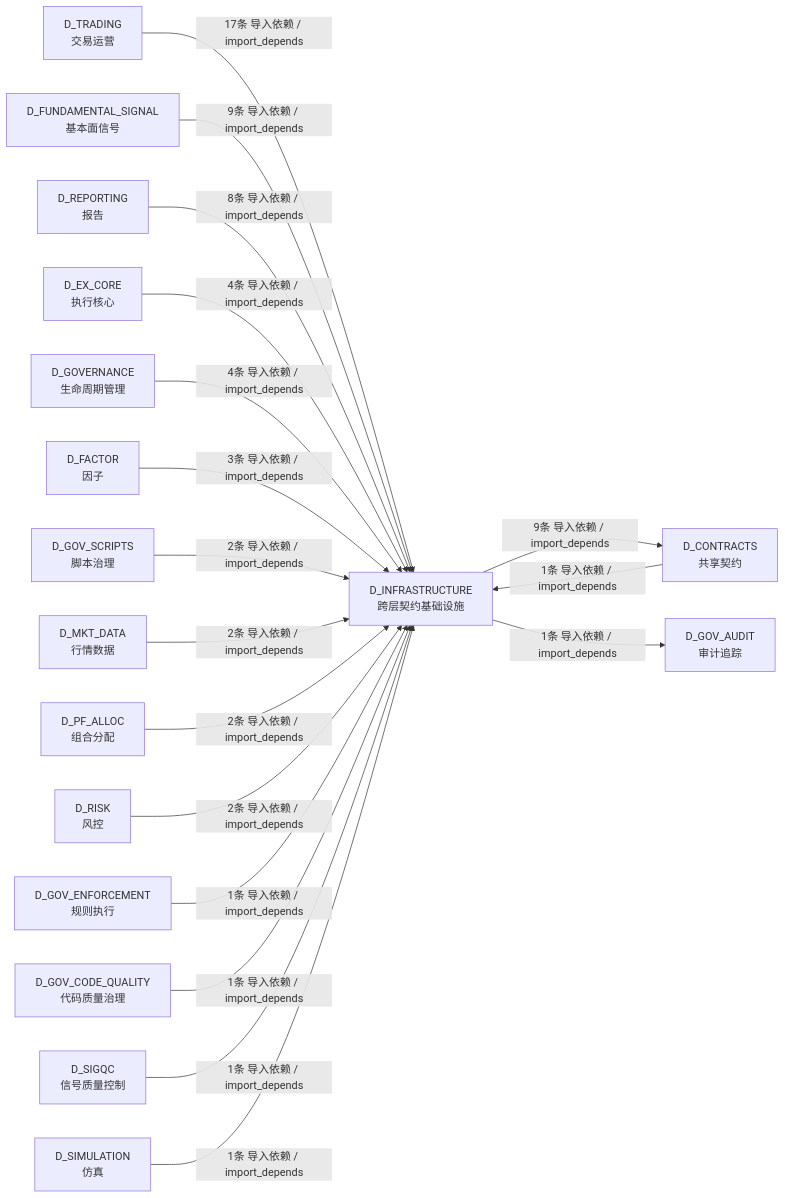
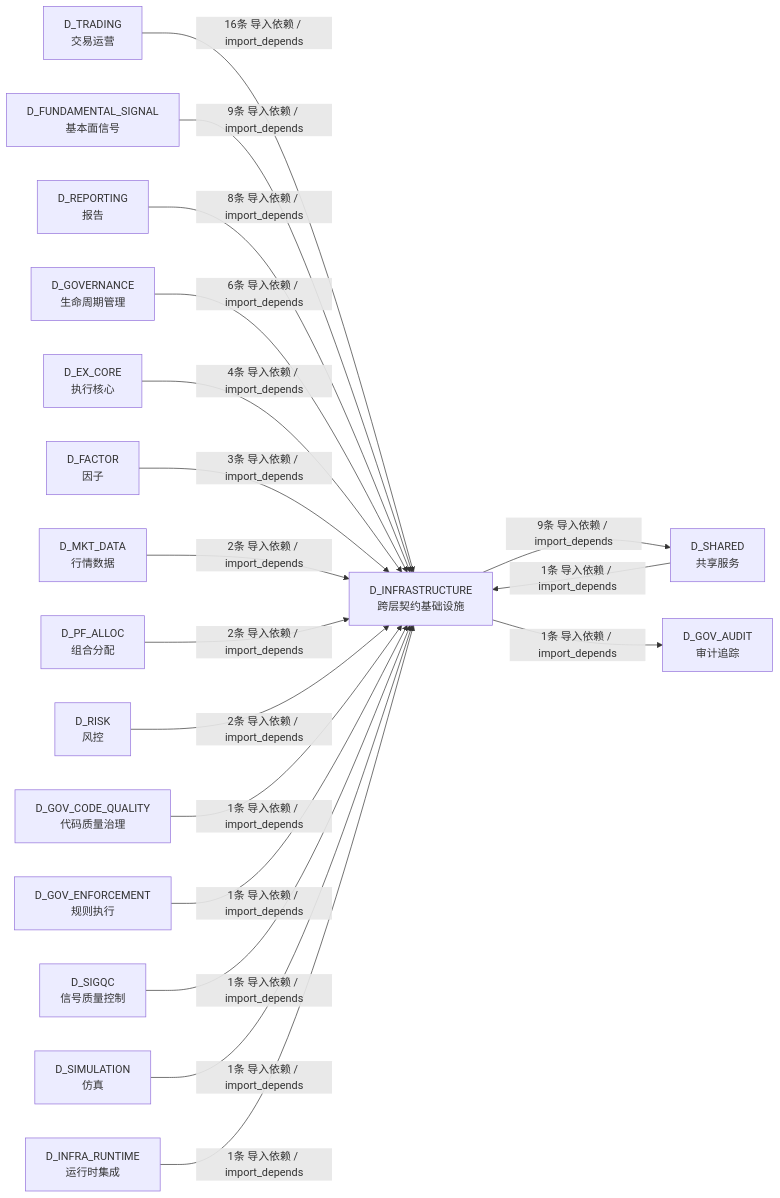
Before and after one commit to xuanFelixVan/ZephyrAlpha: the third of 3 diagrams in docs/02_enterprise_architecture/02_domain_architecture_docs/02_d_infrastructure.md, drawn with Mermaid. The commit also changed other lines of this file and 79 other files, not shown here.

````diff
--- a/docs/02_enterprise_architecture/02_domain_architecture_docs/02_d_infrastructure.md
+++ b/docs/02_enterprise_architecture/02_domain_architecture_docs/02_d_infrastructure.md
@@ -326,37 +327,37 @@
 ```mermaid
 graph LR
     D_INFRASTRUCTURE["D_INFRASTRUCTURE<br/>跨层契约基础设施"]
-    D_CONTRACTS["D_CONTRACTS<br/>共享契约"]
+    D_SHARED["D_SHARED<br/>共享服务"]
     D_GOV_AUDIT["D_GOV_AUDIT<br/>审计追踪"]
     D_TRADING["D_TRADING<br/>交易运营"]
     D_FUNDAMENTAL_SIGNAL["D_FUNDAMENTAL_SIGNAL<br/>基本面信号"]
     D_REPORTING["D_REPORTING<br/>报告"]
+    D_GOVERNANCE["D_GOVERNANCE<br/>生命周期管理"]
     D_EX_CORE["D_EX_CORE<br/>执行核心"]
-    D_GOVERNANCE["D_GOVERNANCE<br/>生命周期管理"]
     D_FACTOR["D_FACTOR<br/>因子"]
-    D_GOV_SCRIPTS["D_GOV_SCRIPTS<br/>脚本治理"]
     D_MKT_DATA["D_MKT_DATA<br/>行情数据"]
     D_PF_ALLOC["D_PF_ALLOC<br/>组合分配"]
     D_RISK["D_RISK<br/>风控"]
+    D_GOV_CODE_QUALITY["D_GOV_CODE_QUALITY<br/>代码质量治理"]
     D_GOV_ENFORCEMENT["D_GOV_ENFORCEMENT<br/>规则执行"]
-    D_GOV_CODE_QUALITY["D_GOV_CODE_QUALITY<br/>代码质量治理"]
     D_SIGQC["D_SIGQC<br/>信号质量控制"]
     D_SIMULATION["D_SIMULATION<br/>仿真"]
-    D_INFRASTRUCTURE -->|9条 导入依赖 / import_depends| D_CONTRACTS
+    D_INFRA_RUNTIME["D_INFRA_RUNTIME<br/>运行时集成"]
+    D_INFRASTRUCTURE -->|9条 导入依赖 / import_depends| D_SHARED
     D_INFRASTRUCTURE -->|1条 导入依赖 / import_depends| D_GOV_AUDIT
-    D_TRADING -->|17条 导入依赖 / import_depends| D_INFRASTRUCTURE
+    D_TRADING -->|16条 导入依赖 / import_depends| D_INFRASTRUCTURE
     D_FUNDAMENTAL_SIGNAL -->|9条 导入依赖 / import_depends| D_INFRASTRUCTURE
     D_REPORTING -->|8条 导入依赖 / import_depends| D_INFRASTRUCTURE
+    D_GOVERNANCE -->|6条 导入依赖 / import_depends| D_INFRASTRUCTURE
     D_EX_CORE -->|4条 导入依赖 / import_depends| D_INFRASTRUCTURE
-    D_GOVERNANCE -->|4条 导入依赖 / import_depends| D_INFRASTRUCTURE
     D_FACTOR -->|3条 导入依赖 / import_depends| D_INFRASTRUCTURE
-    D_GOV_SCRIPTS -->|2条 导入依赖 / import_depends| D_INFRASTRUCTURE
     D_MKT_DATA -->|2条 导入依赖 / import_depends| D_INFRASTRUCTURE
     D_PF_ALLOC -->|2条 导入依赖 / import_depends| D_INFRASTRUCTURE
     D_RISK -->|2条 导入依赖 / import_depends| D_INFRASTRUCTURE
+    D_GOV_CODE_QUALITY -->|1条 导入依赖 / import_depends| D_INFRASTRUCTURE
     D_GOV_ENFORCEMENT -->|1条 导入依赖 / import_depends| D_INFRASTRUCTURE
-    D_GOV_CODE_QUALITY -->|1条 导入依赖 / import_depends| D_INFRASTRUCTURE
-    D_CONTRACTS -->|1条 导入依赖 / import_depends| D_INFRASTRUCTURE
+    D_SHARED -->|1条 导入依赖 / import_depends| D_INFRASTRUCTURE
     D_SIGQC -->|1条 导入依赖 / import_depends| D_INFRASTRUCTURE
     D_SIMULATION -->|1条 导入依赖 / import_depends| D_INFRASTRUCTURE
+    D_INFRA_RUNTIME -->|1条 导入依赖 / import_depends| D_INFRASTRUCTURE
 ```
````
